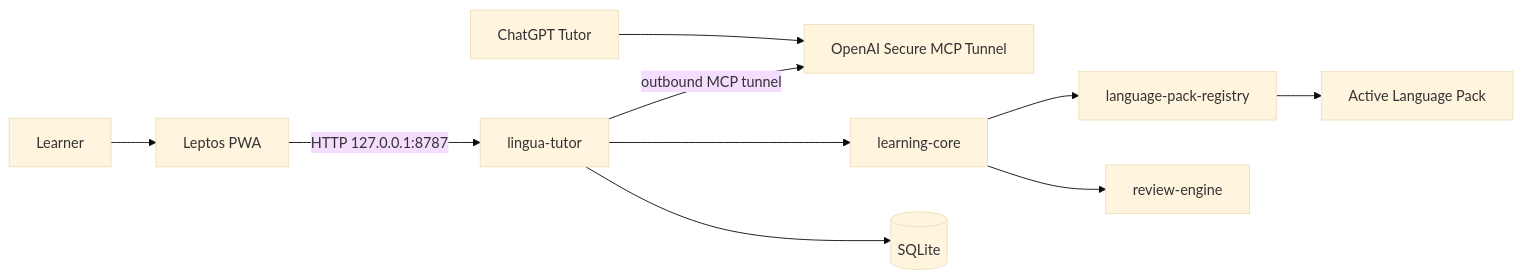
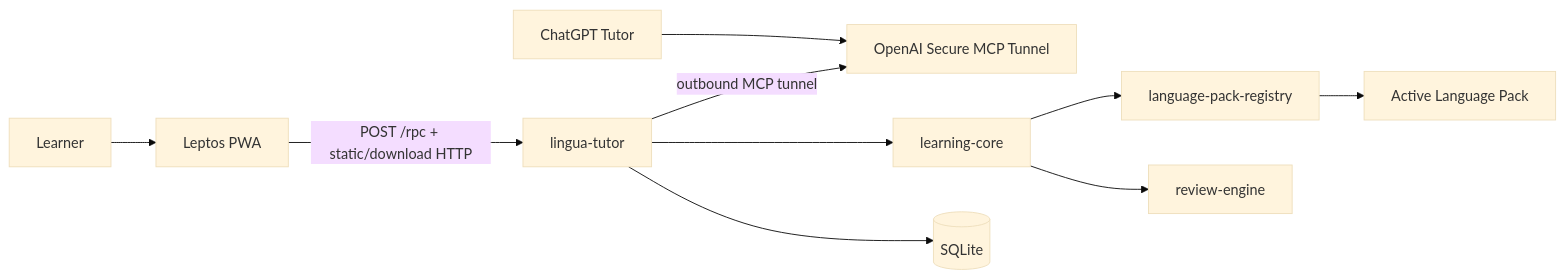
The diagram in docs/spec/01-architecture.md (agredyaev/lingua-tutor), drawn with Mermaid (base theme) before and after one commit. The commit also changed other lines of this file and 31 other files, not shown here.

Commit message:
docs: align architecture with local rpc runtime

````diff
--- a/docs/spec/01-architecture.md
+++ b/docs/spec/01-architecture.md
@@ -7,23 +7,23 @@
 ```mermaid
 flowchart LR
     U[Learner]
     C[ChatGPT Tutor]
     P[Leptos PWA]
     L[lingua-tutor]
     D[(SQLite)]
     T[OpenAI Secure MCP Tunnel]
     CORE[learning-core]
     REV[review-engine]
     REG[language-pack-registry]
     LP[Active Language Pack]
 
     U --> P
-    P -->|HTTP 127.0.0.1:8787| L
+    P -->|POST /rpc + static/download HTTP| L
     L --> D
     L --> CORE
     CORE --> REV
     CORE --> REG
     REG --> LP
     C --> T
     L -->|outbound MCP tunnel| T
 ```
````
